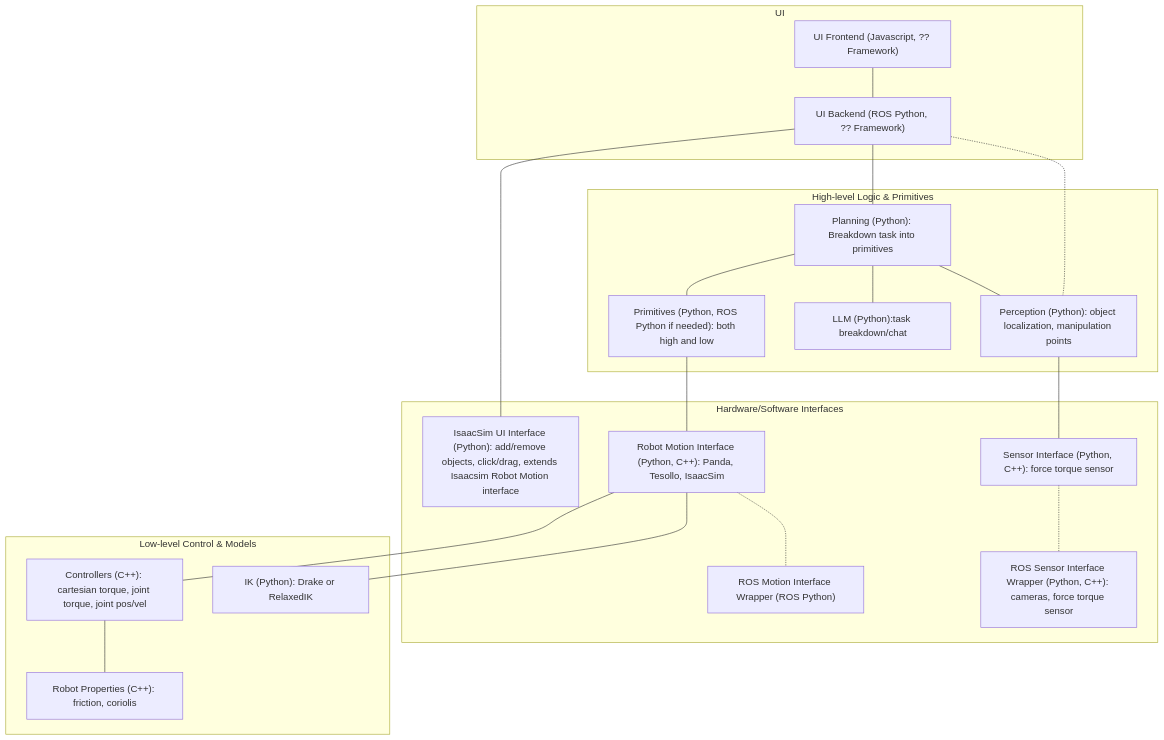
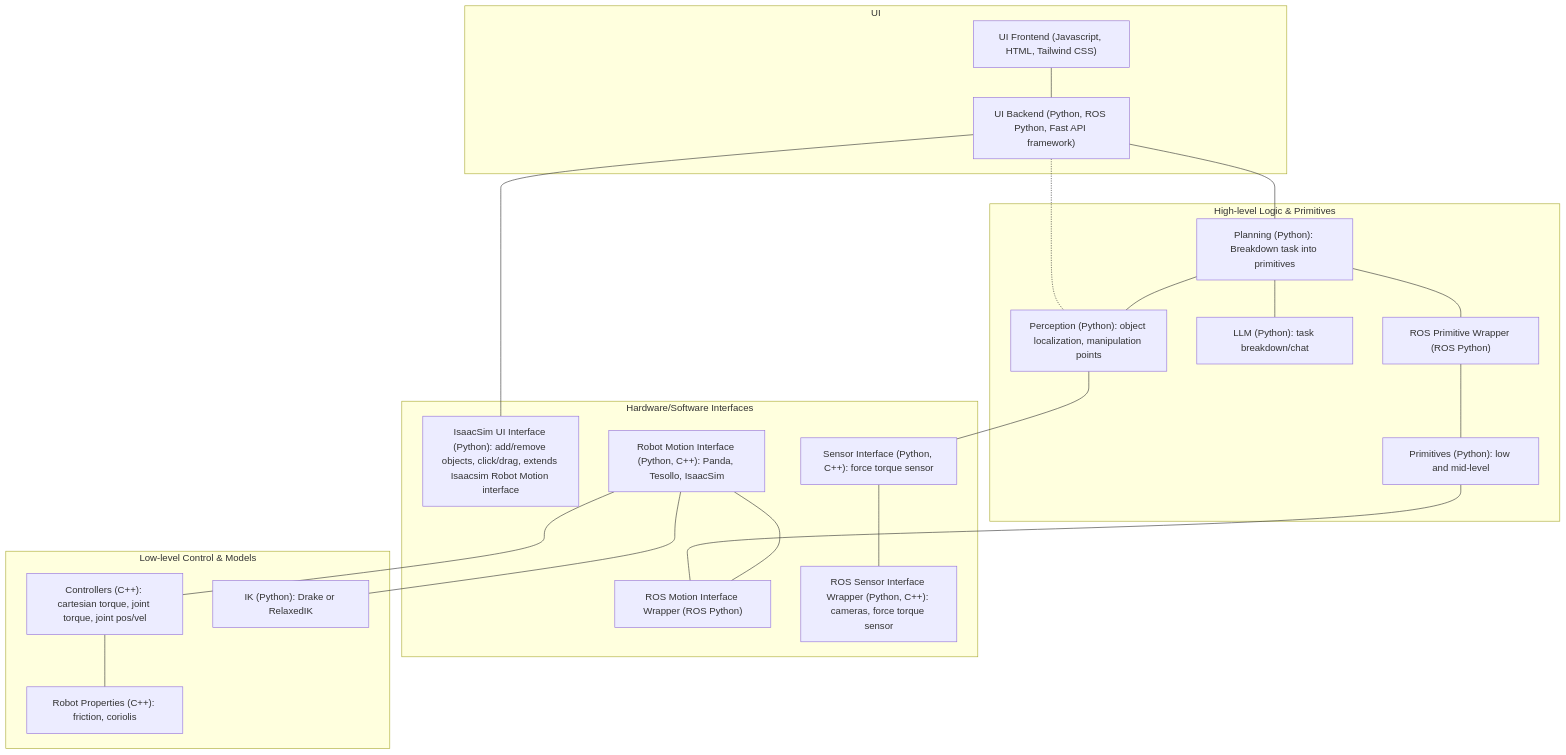
One commit to Wisc-HCI/dexterity-interface changed the second of 2 diagrams in README.md. Above: the diagram before and after it, drawn with Mermaid. The commit also changed 6 other files, not shown here.

````diff
--- a/README.md
+++ b/README.md
@@ -138,59 +138,61 @@
 ```mermaid
 flowchart TD
 
 %% --- UI (top) ---
 subgraph L1["UI"]
-  UIF["UI Frontend (Javascript, ?? Framework)"]
-  UIB["UI Backend (ROS Python, ?? Framework)"]
+  UIF["UI Frontend (Javascript, HTML, Tailwind CSS)"]
+  UIB["UI Backend (Python, ROS Python, Fast API framework)"]
   UIF --- UIB
 end
 
 %% --- High-level logic / Primitives ---
 subgraph L2["High-level Logic & Primitives"]
-  PRIM["Primitives (Python, ROS Python if needed): both high and low"]
+  PRIM["Primitives (Python): low and mid-level"]
+  ROS_PRIM["ROS Primitive Wrapper (ROS Python)"]
   PLAN["Planning (Python): Breakdown task into primitives"]
-  LLM["LLM (Python):task breakdown/chat "]
+  LLM["LLM (Python): task breakdown/chat "]
   PERC["Perception (Python): object localization, manipulation points"]
 end
 
 %% --- Interfaces ---
 subgraph L3["Hardware/Software Interfaces"]
   ISAACI["IsaacSim UI Interface (Python): add/remove objects, click/drag, extends Isaacsim Robot Motion interface"]
   ROS_RMI["ROS Motion Interface Wrapper (ROS Python)"]
   RMI["Robot Motion Interface (Python, C++): Panda, Tesollo, IsaacSim"]
 
   SENSI["Sensor Interface (Python, C++): force torque sensor"]
   ROS_SENSI["ROS Sensor Interface Wrapper (Python, C++): cameras, force torque sensor"]
 end
 
 %% --- Low level (bottom) ---
 subgraph L4["Low-level Control & Models"]
   CTRLS["Controllers (C++): cartesian torque, joint torque, joint pos/vel"]
   IK["IK (Python): Drake or RelaxedIK"]
   RPROPS["Robot Properties (C++): friction, coriolis"]
 end
 
 %% --- Wiring (top → bottom) ---
 UIB --- ISAACI
 UIB --- PLAN
 UIB -.- PERC
 
 
 
-PLAN --- PRIM
+PLAN --- ROS_PRIM
+ROS_PRIM --- PRIM
 PLAN --- LLM
 PLAN --- PERC
-PRIM --- RMI
+PRIM --- ROS_RMI
 
 
-RMI -.- ROS_RMI
+RMI --- ROS_RMI
 PERC --- SENSI
-SENSI -.- ROS_SENSI
+SENSI --- ROS_SENSI
 
 
 RMI --- CTRLS
 RMI --- IK
 CTRLS --- RPROPS
 
 
 ```
````
